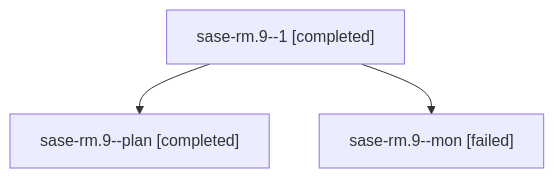
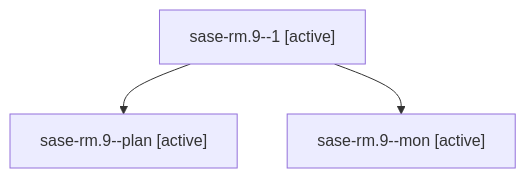
One commit to sase-org/sase--agents changed the diagram in families/bbugyi200.athena.sase-rm.9.md. Above: the diagram before and after it, drawn with Mermaid. The commit also changed other lines of this file and 35830 other files, not shown here.

````diff
--- a/families/bbugyi200.athena.sase-rm.9.md
+++ b/families/bbugyi200.athena.sase-rm.9.md
@@ -9,8 +9,8 @@
 ```mermaid
 flowchart TD
-  n0["sase-rm.9--1 [completed]"]
-  n1["sase-rm.9--plan [completed]"]
+  n0["sase-rm.9--1 [active]"]
+  n1["sase-rm.9--plan [active]"]
   n0 --> n1
-  n2["sase-rm.9--mon [failed]"]
+  n2["sase-rm.9--mon [active]"]
   n0 --> n2
 ```
````
